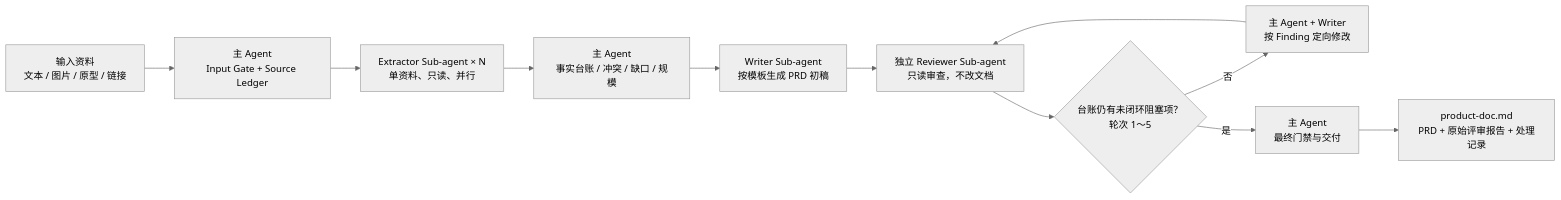
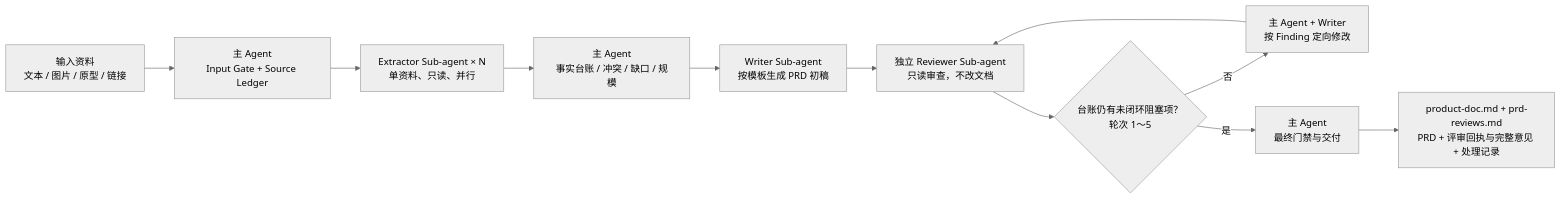
Before and after one commit to luming1617/CodeKit: the first of 2 diagrams in skills/product-doc/SKILL.md, drawn with Mermaid (neutral theme). The commit also changed other lines of this file and 8 other files, not shown here.

````diff
--- a/skills/product-doc/SKILL.md
+++ b/skills/product-doc/SKILL.md
@@ -21,13 +21,13 @@
 ```mermaid
 flowchart LR
     I["输入资料<br/>文本 / 图片 / 原型 / 链接"] --> G["主 Agent<br/>Input Gate + Source Ledger"]
     G --> E1["Extractor Sub-agent × N<br/>单资料、只读、并行"]
     E1 --> M["主 Agent<br/>事实台账 / 冲突 / 缺口 / 规模"]
     M --> W["Writer Sub-agent<br/>按模板生成 PRD 初稿"]
     W --> R["独立 Reviewer Sub-agent<br/>只读审查，不改文档"]
     R --> D{"台账仍有未闭环阻塞项？<br/>轮次 1～5"}
     D -->|否| F["主 Agent + Writer<br/>按 Finding 定向修改"]
     F --> R
     D -->|是| O["主 Agent<br/>最终门禁与交付"]
-    O --> P["product-doc.md<br/>PRD + 原始评审报告 + 处理记录"]
+    O --> P["product-doc.md + prd-reviews.md<br/>PRD + 评审回执与完整意见 + 处理记录"]
 ```
````
